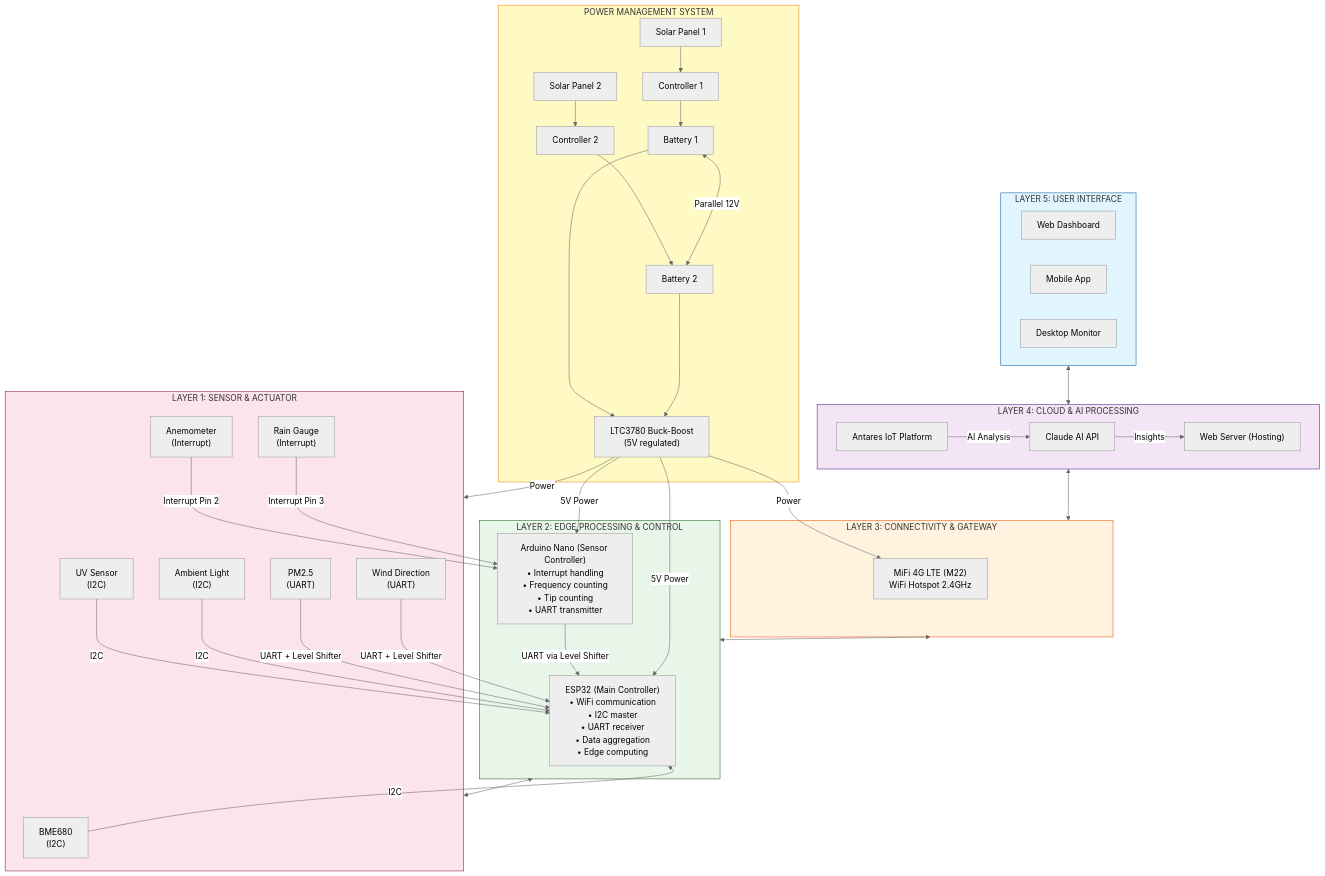
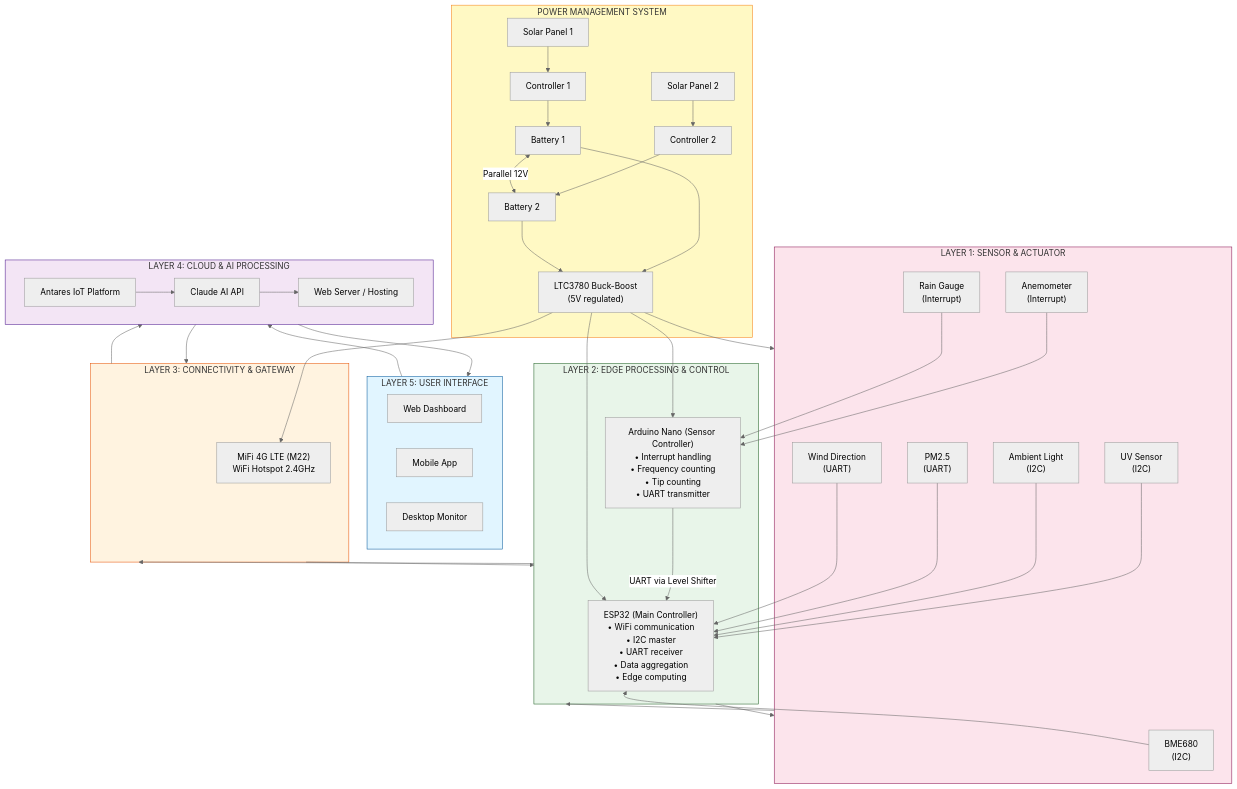
The first of 7 diagrams in Proposal.md (antonprafanto/weather_sensor), drawn with Mermaid (neutral theme) before and after one commit. The commit also changed other lines of this file, not shown here.

```diff
--- a/Proposal.md
+++ b/Proposal.md
@@ -793,10 +793,10 @@
     subgraph Layer4["LAYER 4: CLOUD & AI PROCESSING"]
         Antares["Antares IoT Platform"]
         ClaudeAI["Claude AI API"]
-        WebServer["Web Server (Hosting)"]
+        WebServer["Web Server / Hosting"]
 
-        Antares -->|AI Analysis| ClaudeAI
-        ClaudeAI -->|Insights| WebServer
+        Antares --> ClaudeAI
+        ClaudeAI --> WebServer
     end
 
     subgraph Layer3["LAYER 3: CONNECTIVITY & GATEWAY"]
@@ -838,26 +838,30 @@
         Batt2 --> LTC
     end
 
-    %% Connections between layers
-    Layer5 <--> Layer4
-    Layer4 <--> Layer3
-    Layer3 <--> Layer2
-    Layer2 <--> Layer1
+    %% Connections between layers (using simple arrows for compatibility)
+    Layer5 --> Layer4
+    Layer4 --> Layer5
+    Layer4 --> Layer3
+    Layer3 --> Layer4
+    Layer3 --> Layer2
+    Layer2 --> Layer3
+    Layer2 --> Layer1
+    Layer1 --> Layer2
 
     %% Sensor to Controller connections
-    BME680 -->|I2C| ESP32
-    UV -->|I2C| ESP32
-    Ambient -->|I2C| ESP32
-    PM25 -->|UART + Level Shifter| ESP32
-    WindDir -->|UART + Level Shifter| ESP32
-    Anemometer -->|Interrupt Pin 2| ArduinoNano
-    RainGauge -->|Interrupt Pin 3| ArduinoNano
+    BME680 --> ESP32
+    UV --> ESP32
+    Ambient --> ESP32
+    PM25 --> ESP32
+    WindDir --> ESP32
+    Anemometer --> ArduinoNano
+    RainGauge --> ArduinoNano
 
     %% Power connections
-    LTC -->|5V Power| ESP32
-    LTC -->|5V Power| ArduinoNano
-    LTC -->|Power| Layer1
-    LTC -->|Power| MiFi
+    LTC --> ESP32
+    LTC --> ArduinoNano
+    LTC --> Layer1
+    LTC --> MiFi
 
     style Layer5 fill:#e1f5ff,stroke:#01579b
     style Layer4 fill:#f3e5f5,stroke:#4a148c
```
